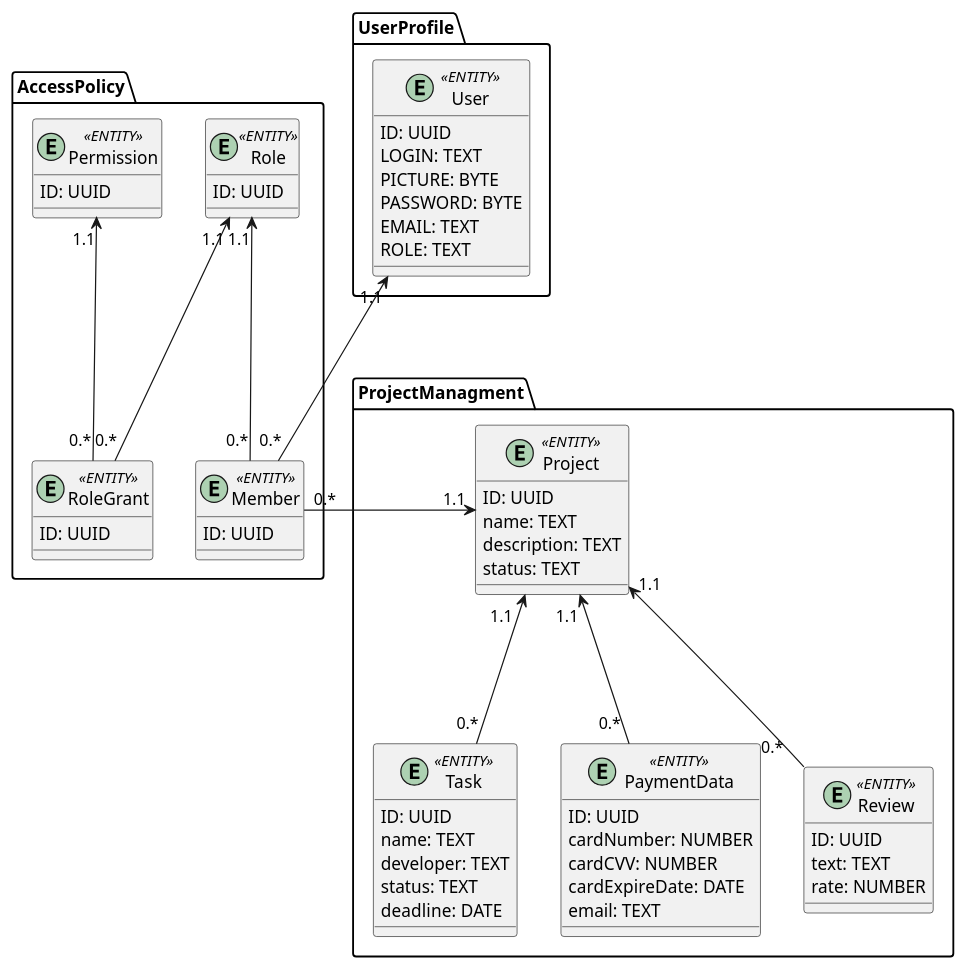
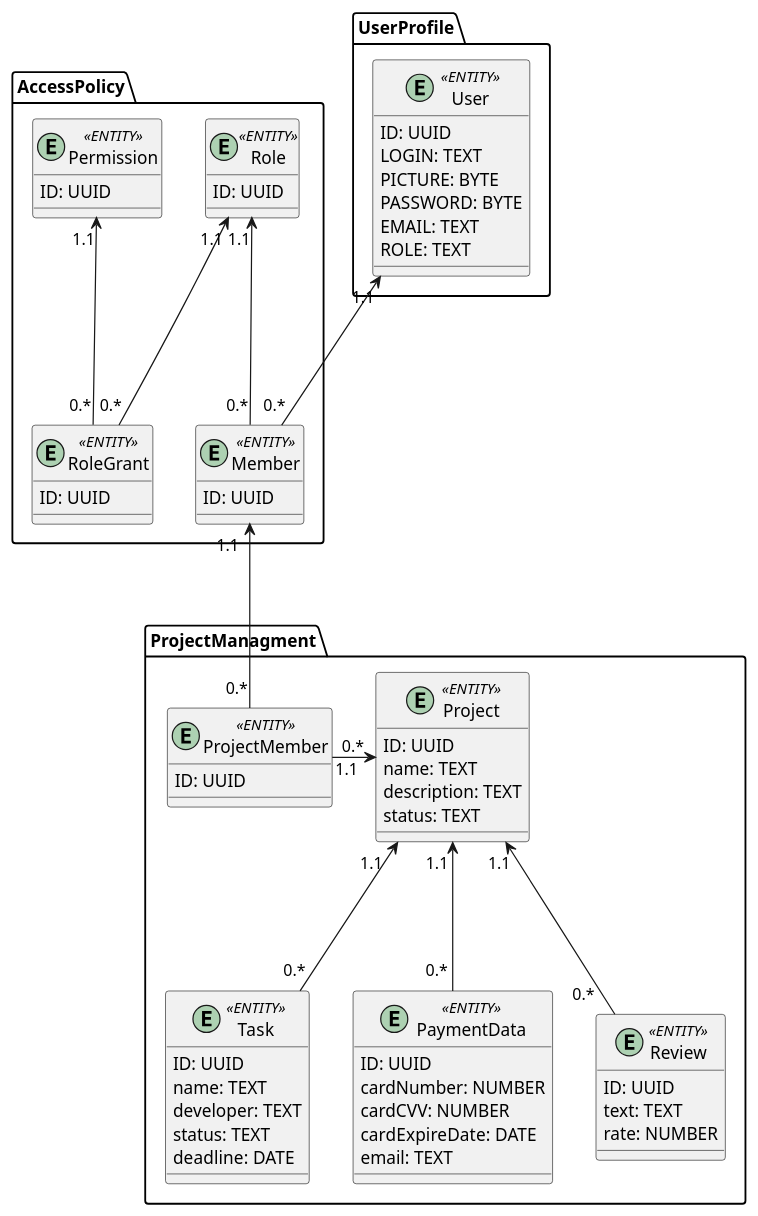
The second of 2 diagrams in docs/design/README.md (stasyukhymenko/edu_db_labs), drawn with PlantUML before and after one commit. The commit also changed other lines of this file, not shown here.

Commit message:
bug fix: Fix bug with relation

```diff
--- a/docs/design/README.md
+++ b/docs/design/README.md
@@ -82,72 +85,78 @@
 @startuml
 
 namespace ProjectManagment  {
+
+entity ProjectMember <<ENTITY>> {
+    ID: UUID
+}
 
 entity Project <<ENTITY>> {
     ID: UUID
     name: TEXT
     description: TEXT
     status: TEXT
 }
 
 entity Task <<ENTITY>> {
     ID: UUID
     name: TEXT
     developer: TEXT
     status: TEXT
     deadline: DATE
 }
 
 entity PaymentData <<ENTITY>> {
     ID: UUID  
     cardNumber: NUMBER
     cardCVV: NUMBER
     cardExpireDate: DATE
     email: TEXT  
 }
 
 entity Review <<ENTITY>>{
     ID: UUID
     text: TEXT
     rate: NUMBER
 }
 
 }
 
 namespace AccessPolicy  {
 entity Member  <<ENTITY>>{
     ID: UUID
 }
 entity Role <<ENTITY>>{
     ID: UUID
 }
 entity RoleGrant <<ENTITY>>{
     ID: UUID
 }
 entity Permission <<ENTITY>>{
     ID: UUID
 }
 }
 
 namespace UserProfile {
 entity User <<ENTITY>>{
     ID: UUID
     LOGIN: TEXT
     PICTURE: BYTE
     PASSWORD: BYTE
     EMAIL: TEXT
     ROLE: TEXT
 }
 }
 
+Project "1.1  "<-l--"0.*" ProjectMember 
 Project "1.1  "<---"0.*" Task
 Project "1.1 "<---"0.* " PaymentData
 Project "1.1"<---"0.*   " Review
 
-Project "1.1"<-l--"0.*" Member
 Role "1.1"<---"0.*" Member
 Role "1.1"<---"0.*" RoleGrant
 Permission "1.1"<---"0.*" RoleGrant
 User "1.1"<---"0.*" Member
 
+Member "1.1  "<---"0.*" ProjectMember
+
 @enduml
```
